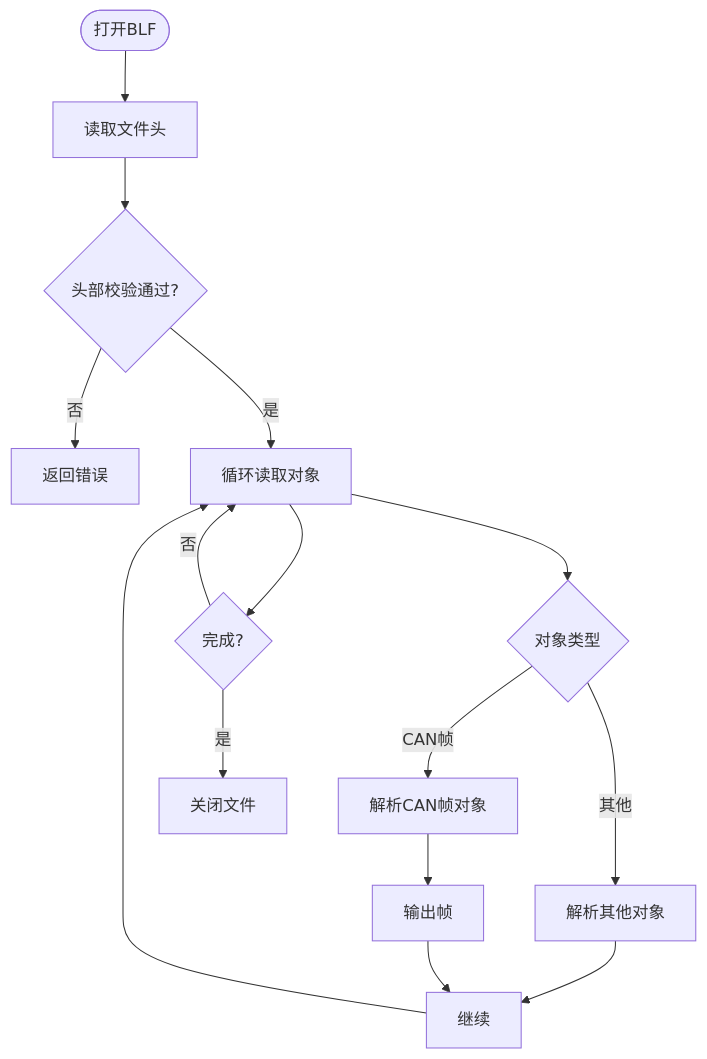
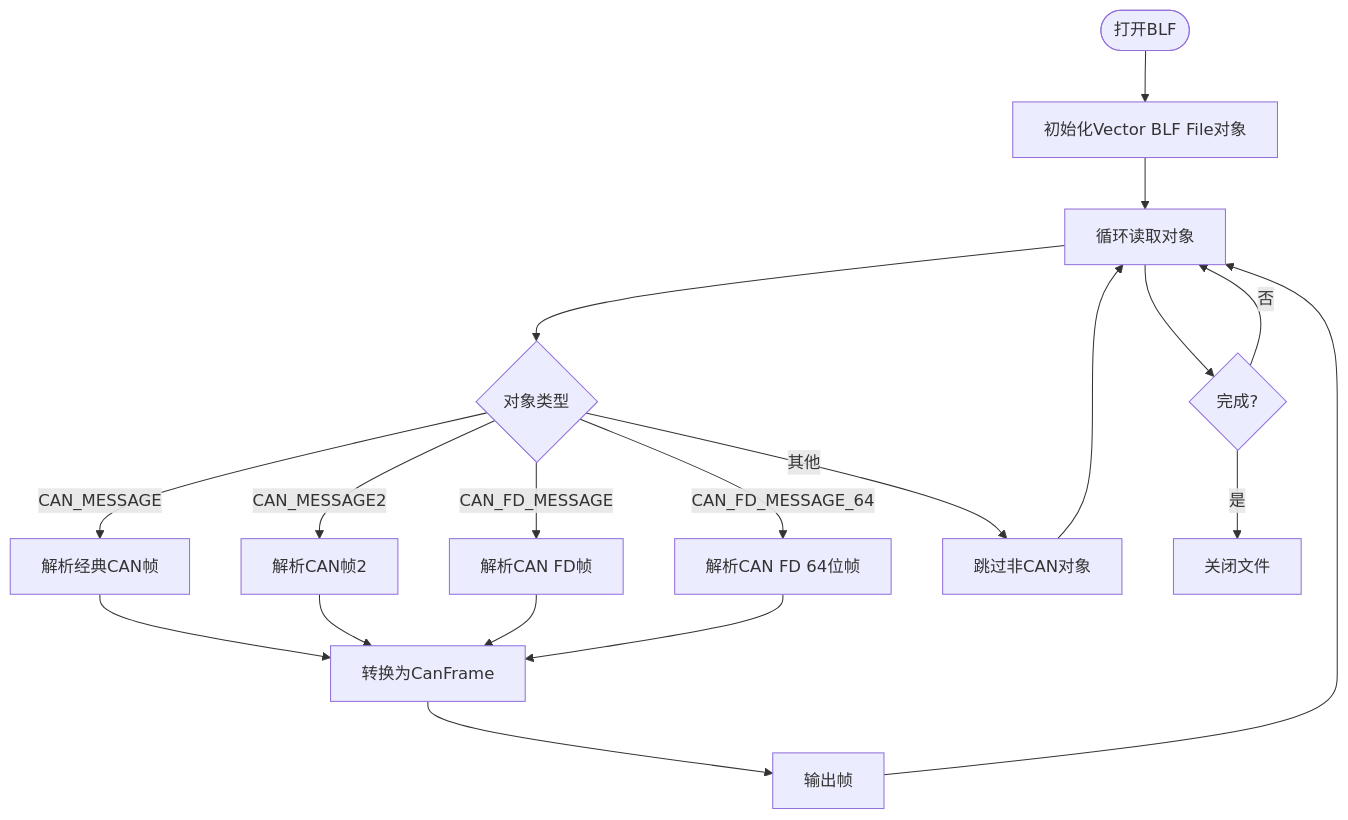
One commit to jakecai1225-design/OpenBus changed the sixth of 11 diagrams in .qoder/repowiki/zh/content/核心模块详解/CAN文件IO系统.md. Above: the diagram before and after it, drawn with Mermaid. The commit also changed other lines of this file and 38 other files, not shown here.

````diff
--- a/.qoder/repowiki/zh/content/核心模块详解/CAN文件IO系统.md
+++ b/.qoder/repowiki/zh/content/核心模块详解/CAN文件IO系统.md
@@ -287,17 +313,21 @@
 ```mermaid
 flowchart TD
-Open(["打开BLF"]) --> ReadHeader["读取文件头"]
-ReadHeader --> Validate{"头部校验通过?"}
-Validate -- 否 --> Err["返回错误"]
-Validate -- 是 --> Loop["循环读取对象"]
-Loop --> Type{"对象类型"}
-Type --> |CAN帧| ParseCan["解析CAN帧对象"]
-Type --> |其他| ParseOther["解析其他对象"]
-ParseCan --> Emit["输出帧"]
-ParseOther --> Next["继续"]
-Emit --> Next
-Next --> Loop
-Loop --> Done{"完成?"}
-Done -- 否 --> Loop
+Open(["打开BLF"]) --> Init["初始化Vector BLF File对象"]
+Init --> ReadObj["循环读取对象"]
+ReadObj --> Type{"对象类型"}
+Type --> |CAN_MESSAGE| ParseClassic["解析经典CAN帧"]
+Type --> |CAN_MESSAGE2| ParseClassic2["解析CAN帧2"]
+Type --> |CAN_FD_MESSAGE| ParseFD["解析CAN FD帧"]
+Type --> |CAN_FD_MESSAGE_64| ParseFD64["解析CAN FD 64位帧"]
+Type --> |其他| Skip["跳过非CAN对象"]
+ParseClassic --> Convert["转换为CanFrame"]
+ParseClassic2 --> Convert
+ParseFD --> Convert
+ParseFD64 --> Convert
+Convert --> Emit["输出帧"]
+Emit --> ReadObj
+Skip --> ReadObj
+ReadObj --> Done{"完成?"}
+Done -- 否 --> ReadObj
 Done -- 是 --> Close["关闭文件"]
 ```
````
